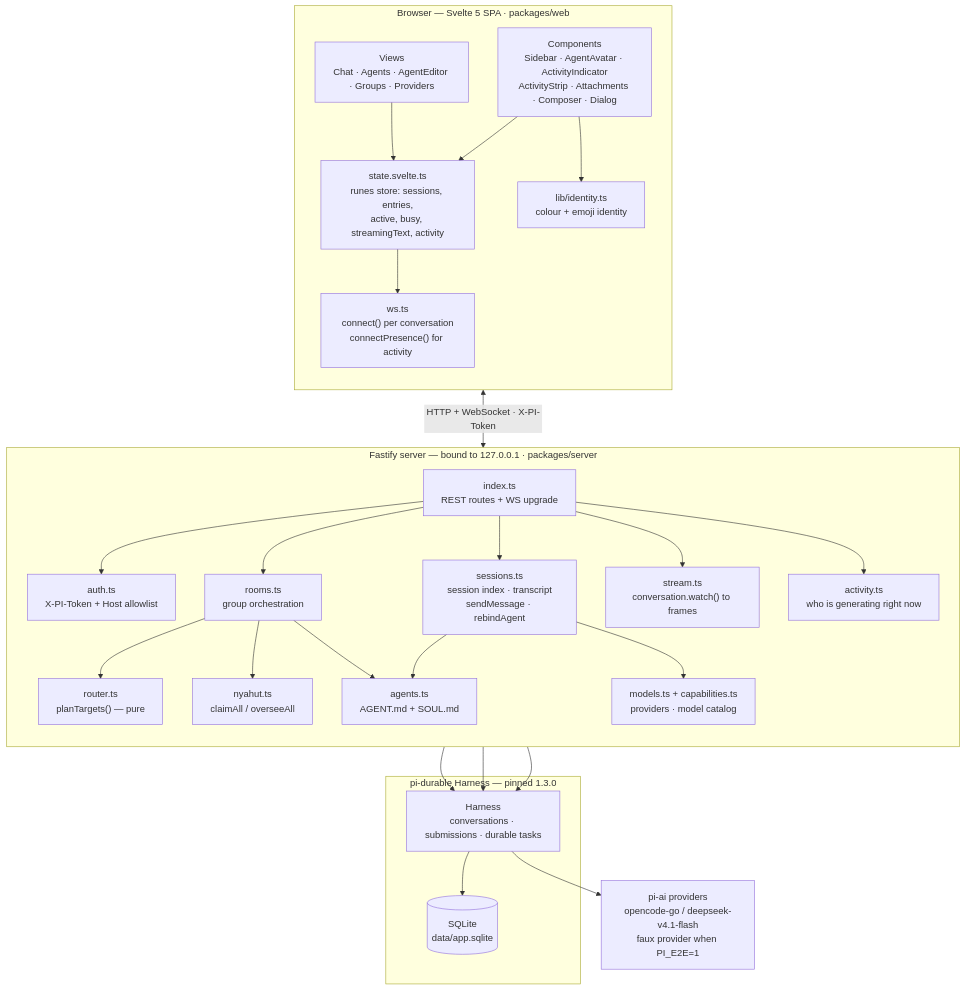
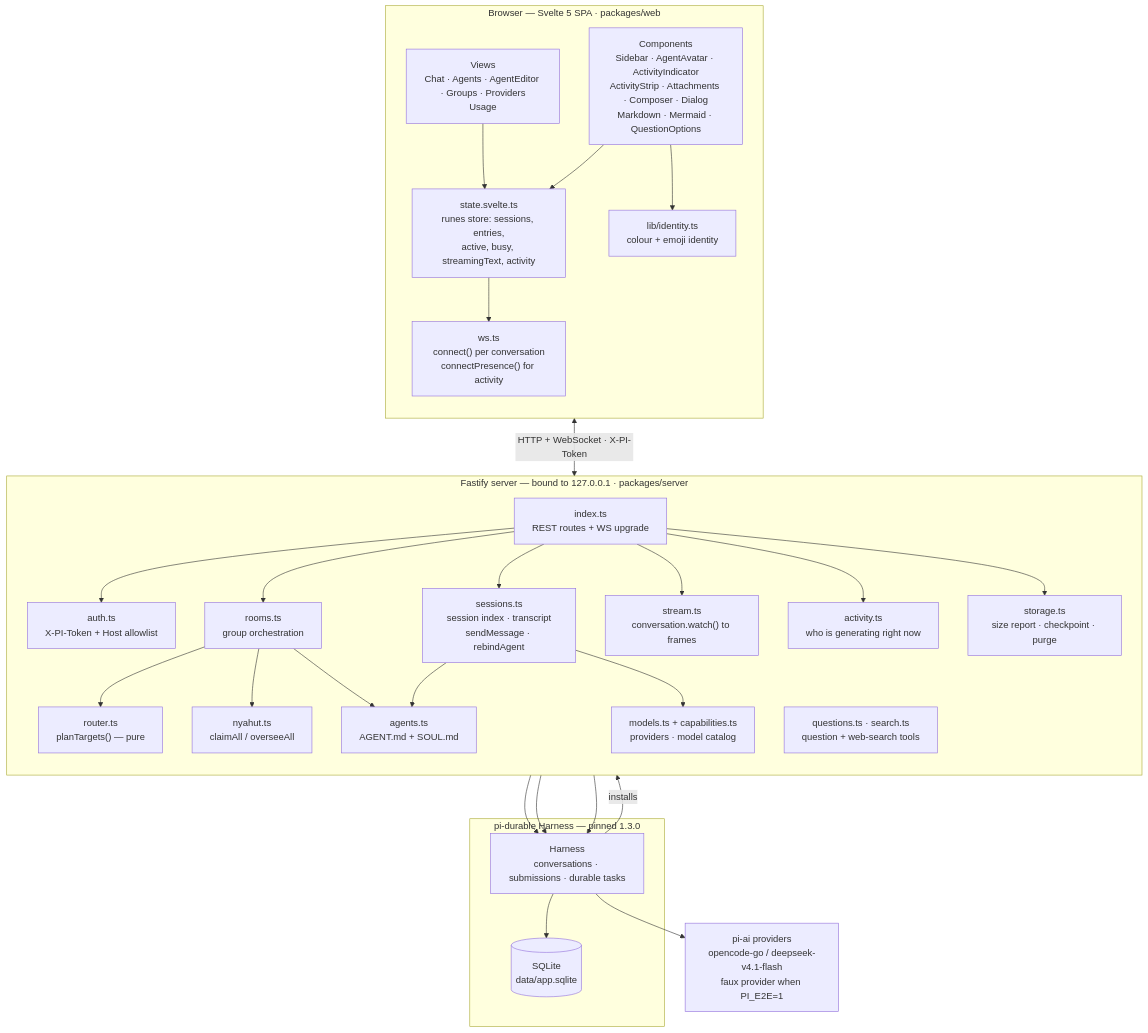
One commit to mariobgsp/durable-agents changed the first of 6 diagrams in README.md. Above: the diagram before and after it, drawn with Mermaid. The commit also changed other lines of this file and 16 other files, not shown here.

````diff
--- a/README.md
+++ b/README.md
@@ -60,53 +64,58 @@
 ```mermaid
 flowchart TB
   subgraph browser["Browser — Svelte 5 SPA · packages/web"]
     direction TB
-    views["Views<br/>Chat · Agents · AgentEditor · Groups · Providers"]
-    comps["Components<br/>Sidebar · AgentAvatar · ActivityIndicator<br/>ActivityStrip · Attachments · Composer · Dialog"]
+    views["Views<br/>Chat · Agents · AgentEditor · Groups · Providers<br/>Usage"]
+    comps["Components<br/>Sidebar · AgentAvatar · ActivityIndicator<br/>ActivityStrip · Attachments · Composer · Dialog<br/>Markdown · Mermaid · QuestionOptions"]
     store["state.svelte.ts<br/>runes store: sessions, entries,<br/>active, busy, streamingText, activity"]
     ident["lib/identity.ts<br/>colour + emoji identity"]
     wsc["ws.ts<br/>connect() per conversation<br/>connectPresence() for activity"]
     views --> store
     comps --> store
     comps --> ident
     store --> wsc
   end
 
   subgraph server["Fastify server — bound to 127.0.0.1 · packages/server"]
     direction TB
     auth["auth.ts<br/>X-PI-Token + Host allowlist"]
     api["index.ts<br/>REST routes + WS upgrade"]
     sess["sessions.ts<br/>session index · transcript<br/>sendMessage · rebindAgent"]
     rooms["rooms.ts<br/>group orchestration"]
     router["router.ts<br/>planTargets() — pure"]
     nyahut["nyahut.ts<br/>claimAll / overseeAll"]
     activity["activity.ts<br/>who is generating right now"]
     stream["stream.ts<br/>conversation.watch() to frames"]
     agents["agents.ts<br/>AGENT.md + SOUL.md"]
     models["models.ts + capabilities.ts<br/>providers · model catalog"]
+    storage["storage.ts<br/>size report · checkpoint · purge"]
+    tools["questions.ts · search.ts<br/>question + web-search tools"]
     api --> auth
     api --> sess
     api --> rooms
     api --> stream
     api --> activity
+    api --> storage
     rooms --> router
     rooms --> nyahut
     rooms --> agents
     sess --> agents
     sess --> models
   end
 
   subgraph durable["pi-durable Harness — pinned 1.3.0"]
     harness["Harness<br/>conversations · submissions · durable tasks"]
     db[("SQLite<br/>data/app.sqlite")]
     harness --> db
   end
 
+  harness -->|installs| tools
+
   llm["pi-ai providers<br/>opencode-go / deepseek-v4.1-flash<br/>faux provider when PI_E2E=1"]
 
   wsc <-->|"HTTP + WebSocket · X-PI-Token"| api
   sess --> harness
   rooms --> harness
   stream --> harness
   harness --> llm
 ```
````
